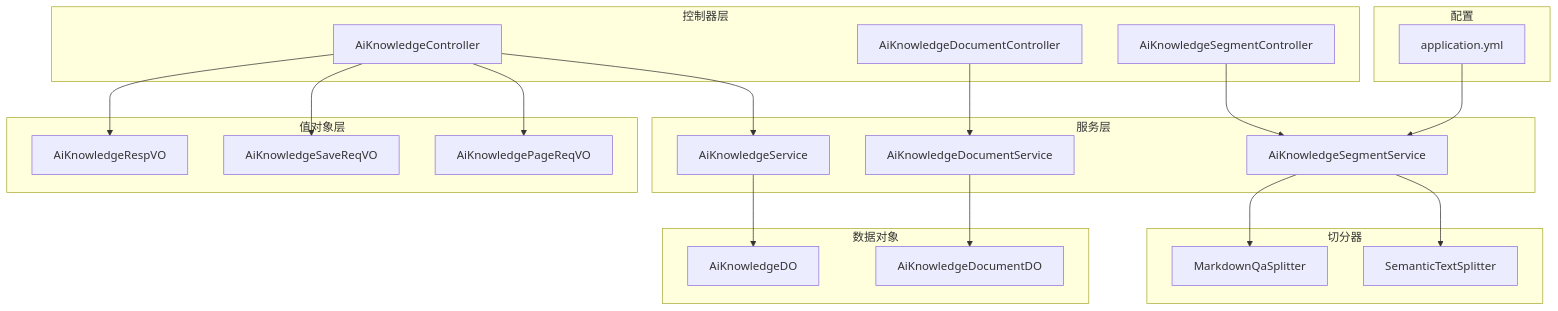
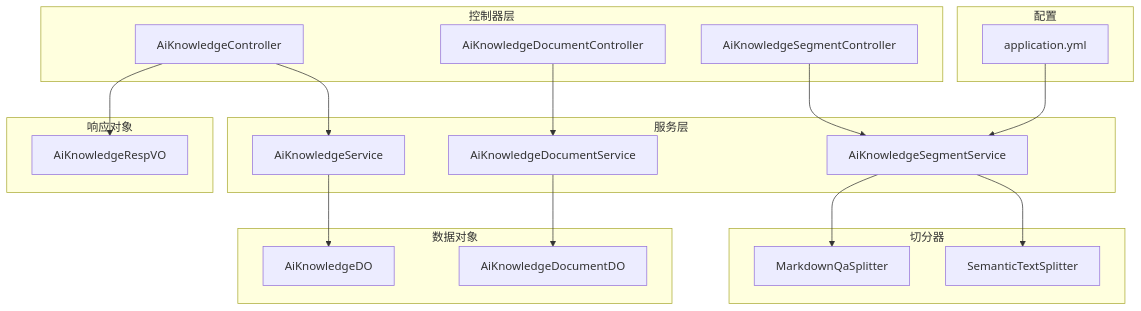
One commit to X555LB/data-ai changed the first of 8 diagrams in .qoder/repowiki/zh/content/知识库管理系统/知识库管理系统.md. Above: the diagram before and after it, drawn with Mermaid. The commit also changed other lines of this file and 9 other files, not shown here.

````diff
--- a/.qoder/repowiki/zh/content/知识库管理系统/知识库管理系统.md
+++ b/.qoder/repowiki/zh/content/知识库管理系统/知识库管理系统.md
@@ -56,40 +53,36 @@
 ```mermaid
 graph TB
 subgraph "控制器层"
 KCtrl["AiKnowledgeController"]
 DCtrl["AiKnowledgeDocumentController"]
 SCtrl["AiKnowledgeSegmentController"]
 end
 subgraph "服务层"
 KSvc["AiKnowledgeService"]
 DSvc["AiKnowledgeDocumentService"]
 SSvc["AiKnowledgeSegmentService"]
 end
-subgraph "值对象层"
-KRespVO["AiKnowledgeRespVO"]
-KSaveReqVO["AiKnowledgeSaveReqVO"]
-KPageReqVO["AiKnowledgePageReqVO"]
-end
 subgraph "切分器"
 MDS["MarkdownQaSplitter"]
 SDS["SemanticTextSplitter"]
 end
 subgraph "数据对象"
 KDO["AiKnowledgeDO"]
 DDO["AiKnowledgeDocumentDO"]
 end
+subgraph "响应对象"
+KResp["AiKnowledgeRespVO"]
+end
 subgraph "配置"
 CFG["application.yml"]
 end
 KCtrl --> KSvc
-KCtrl --> KRespVO
-KCtrl --> KSaveReqVO
-KCtrl --> KPageReqVO
 DCtrl --> DSvc
 SCtrl --> SSvc
 SSvc --> MDS
 SSvc --> SDS
 KSvc --> KDO
 DSvc --> DDO
+KCtrl --> KResp
 CFG --> SSvc
 ```
````
